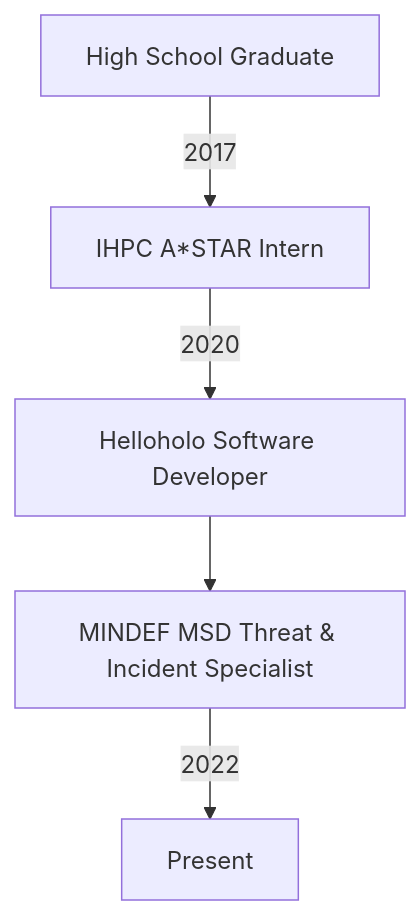
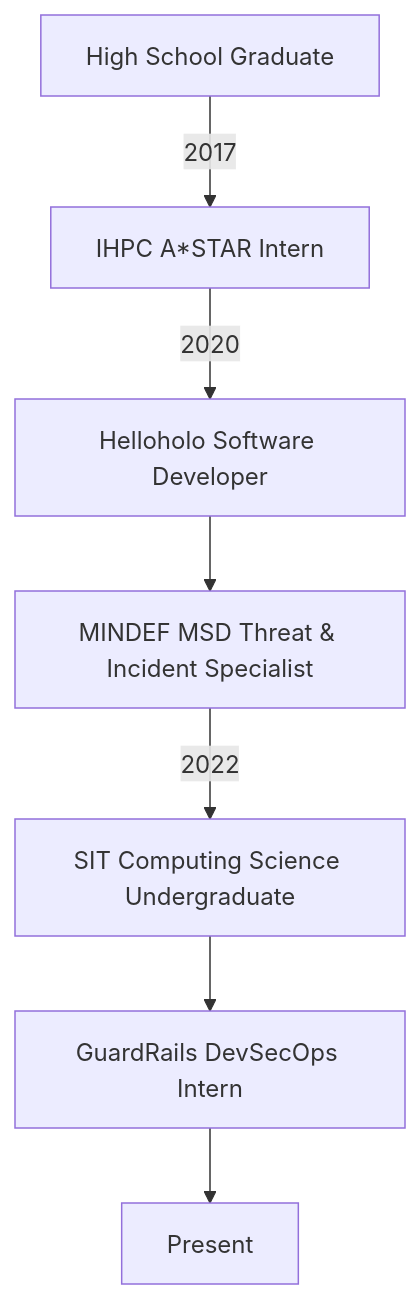
Before and after one commit to mcdulltii/mcdulltii: the diagram in README.md, drawn with Mermaid.

````diff
--- a/README.md
+++ b/README.md
@@ -12,11 +12,14 @@
 ```mermaid
 flowchart TD
 Start[High School Graduate] -- 2017 --> Emp1[IHPC A*STAR Intern] 
 Emp1 -- 2020 --> Emp2[Helloholo Software Developer]
 Emp2 --> Emp3[MINDEF MSD Threat & Incident Specialist]
-Emp3 -- 2022 --> End[Present]
+Emp3 -- 2022 --> Uni[SIT Computing Science Undergraduate]
+Uni --> Emp4[GuardRails DevSecOps Intern]
+Emp4 --> End[Present]
 
 click Emp1 "https://github.com/mcdulltii/Resume/blob/master/resume.md#intern-at-institute-of-high-performance-computing-ihpc-astar-may-2017----jan-2018" _blank
 click Emp2 "https://github.com/mcdulltii/Resume/blob/master/resume.md#software-developer-at-helloholo-nov-2020----jan-2021" _blank
 click Emp3 "https://github.com/mcdulltii/Resume/blob/master/resume.md#threat-and-incident-specialist-at-mindef---military-security-department-msd-apr-2020----apr-2022" _blank
+click Emp4 "https://github.com/mcdulltii/Resume/blob/master/resume.md#devsecops-intern-at-guardrails-oct-2022---dec-2022" _blank
 ```
````
